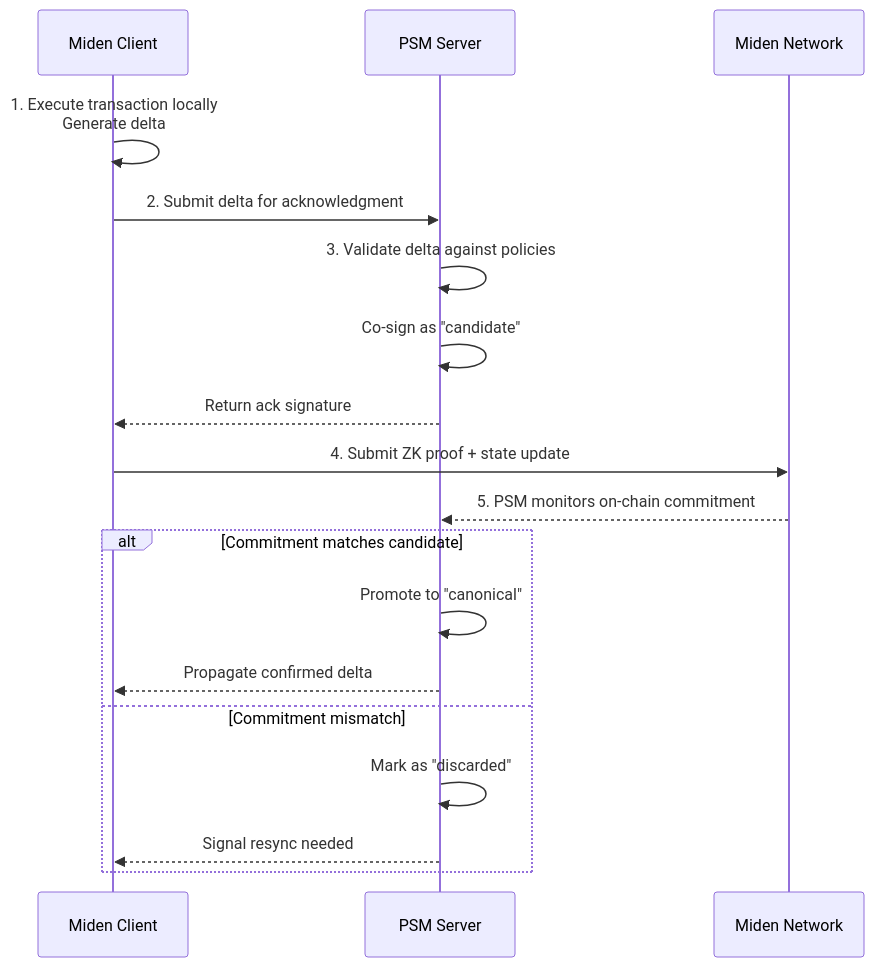
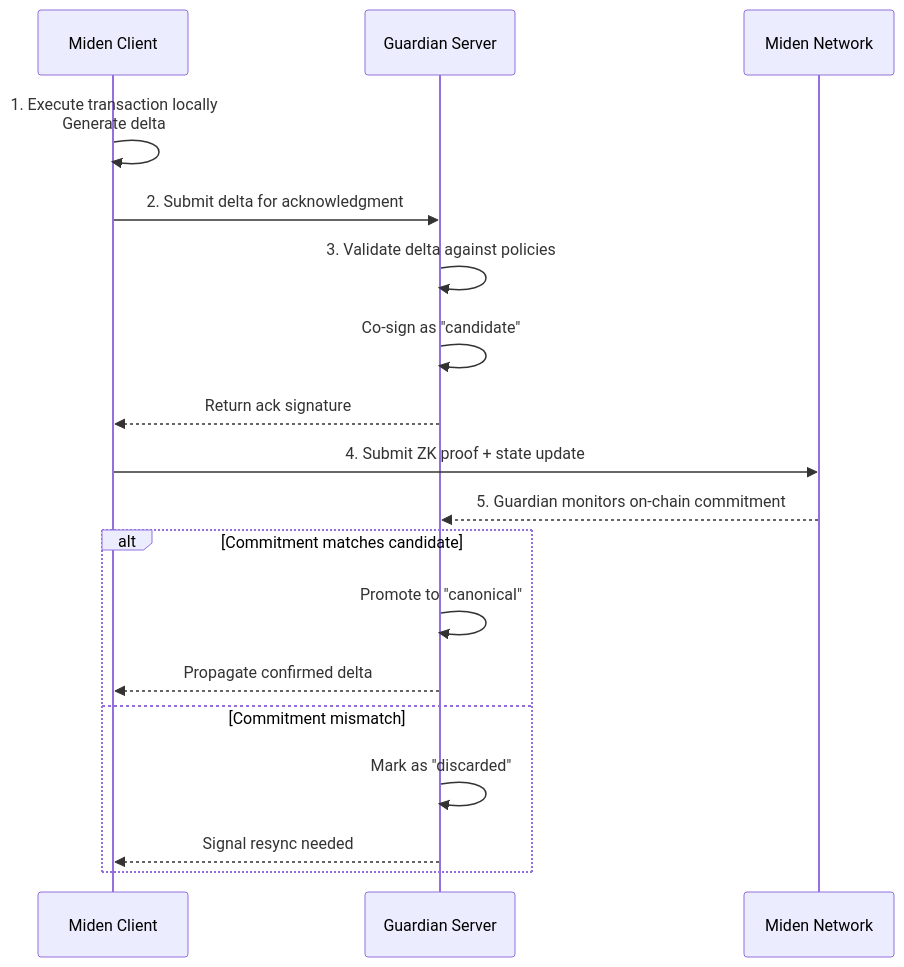
One commit to 0xMiden/miden-docs changed the second of 4 diagrams in docs/builder/solutions/miden-guardian/core-concepts/architecture.md. Above: the diagram before and after it, drawn with Mermaid. The commit also changed other lines of this file and 7 other files, not shown here.

First line of the commit message:
docs: rebrand PSM → Miden Guardian in Guardian section

````diff
--- a/docs/builder/solutions/miden-guardian/core-concepts/architecture.md
+++ b/docs/builder/solutions/miden-guardian/core-concepts/architecture.md
@@ -29,21 +29,21 @@
 ```mermaid
 sequenceDiagram
     participant Client as Miden Client
-    participant PSM as PSM Server
+    participant Guardian as Guardian Server
     participant Chain as Miden Network
 
     Client->>Client: 1. Execute transaction locally<br/>Generate delta
-    Client->>PSM: 2. Submit delta for acknowledgment
-    PSM->>PSM: 3. Validate delta against policies
-    PSM->>PSM: Co-sign as "candidate"
-    PSM-->>Client: Return ack signature
+    Client->>Guardian: 2. Submit delta for acknowledgment
+    Guardian->>Guardian: 3. Validate delta against policies
+    Guardian->>Guardian: Co-sign as "candidate"
+    Guardian-->>Client: Return ack signature
     Client->>Chain: 4. Submit ZK proof + state update
-    Chain-->>PSM: 5. PSM monitors on-chain commitment
+    Chain-->>Guardian: 5. Guardian monitors on-chain commitment
     alt Commitment matches candidate
-        PSM->>PSM: Promote to "canonical"
-        PSM-->>Client: Propagate confirmed delta
+        Guardian->>Guardian: Promote to "canonical"
+        Guardian-->>Client: Propagate confirmed delta
     else Commitment mismatch
-        PSM->>PSM: Mark as "discarded"
-        PSM-->>Client: Signal resync needed
+        Guardian->>Guardian: Mark as "discarded"
+        Guardian-->>Client: Signal resync needed
     end
 ```
````
